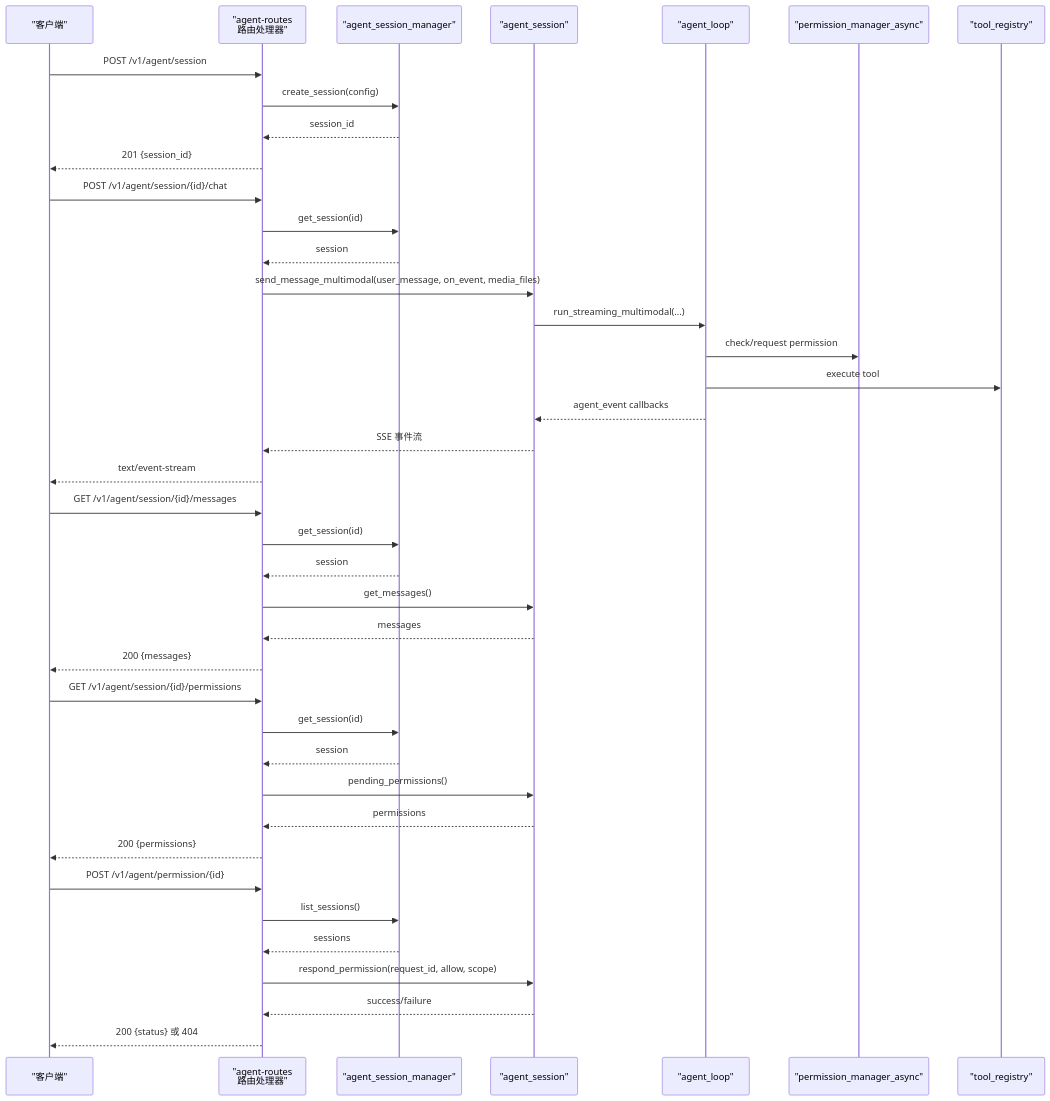
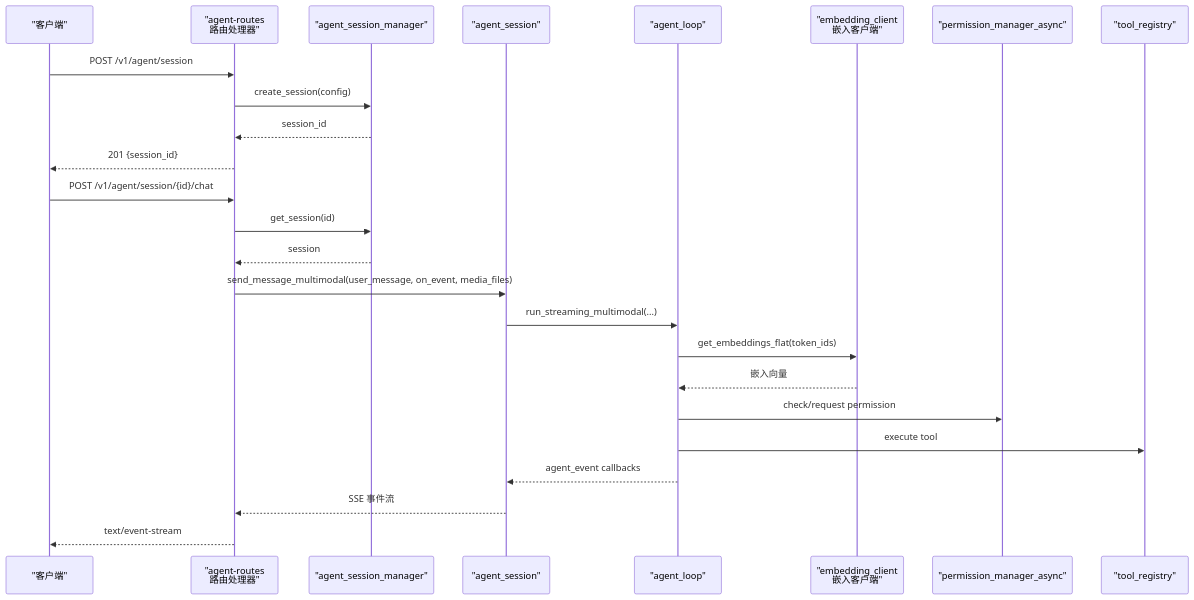
Before and after one commit to acproject/llama.cpp-agent: the second of 4 diagrams in .qoder/repowiki/zh/content/HTTP 服务器和 API/代理会话管理.md, drawn with Mermaid. The commit also changed other lines of this file and 2 other files, not shown here.

````diff
--- a/.qoder/repowiki/zh/content/HTTP 服务器和 API/代理会话管理.md
+++ b/.qoder/repowiki/zh/content/HTTP 服务器和 API/代理会话管理.md
@@ -117,42 +144,27 @@
 ```mermaid
 sequenceDiagram
 participant C as "客户端"
 participant R as "agent-routes<br/>路由处理器"
 participant M as "agent_session_manager"
 participant S as "agent_session"
 participant L as "agent_loop"
+participant E as "embedding_client<br/>嵌入客户端"
 participant P as "permission_manager_async"
 participant T as "tool_registry"
 C->>R : POST /v1/agent/session
 R->>M : create_session(config)
 M-->>R : session_id
 R-->>C : 201 {session_id}
 C->>R : POST /v1/agent/session/{id}/chat
 R->>M : get_session(id)
 M-->>R : session
 R->>S : send_message_multimodal(user_message, on_event, media_files)
 S->>L : run_streaming_multimodal(...)
+L->>E : get_embeddings_flat(token_ids)
+E-->>L : 嵌入向量
 L->>P : check/request permission
 L->>T : execute tool
 L-->>S : agent_event callbacks
 S-->>R : SSE 事件流
 R-->>C : text/event-stream
-C->>R : GET /v1/agent/session/{id}/messages
-R->>M : get_session(id)
-M-->>R : session
-R->>S : get_messages()
-S-->>R : messages
-R-->>C : 200 {messages}
-C->>R : GET /v1/agent/session/{id}/permissions
-R->>M : get_session(id)
-M-->>R : session
-R->>S : pending_permissions()
-S-->>R : permissions
-R-->>C : 200 {permissions}
-C->>R : POST /v1/agent/permission/{id}
-R->>M : list_sessions()
-M-->>R : sessions
-R->>S : respond_permission(request_id, allow, scope)
-S-->>R : success/failure
-R-->>C : 200 {status} 或 404
 ```
````
